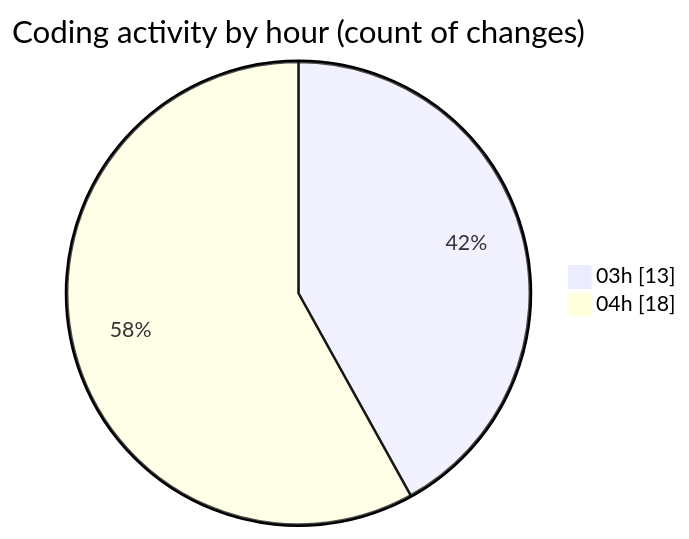
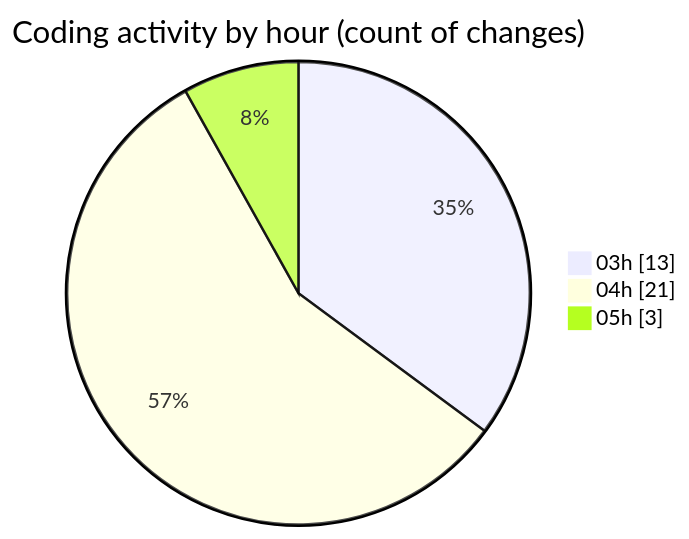
Before and after one commit to shibass792/code-tracking: the second of 2 diagrams in 2026-07-15/shibass-ai/README.md, drawn with Mermaid. The commit also changed other lines of this file and 1 other file, not shown here.

````diff
--- a/2026-07-15/shibass-ai/README.md
+++ b/2026-07-15/shibass-ai/README.md
@@ -41,6 +41,7 @@
 ```mermaid
 pie showData
 title Coding activity by hour (count of changes)
 "03h" : 13
-"04h" : 18
+"04h" : 21
+"05h" : 3
 ```
````
